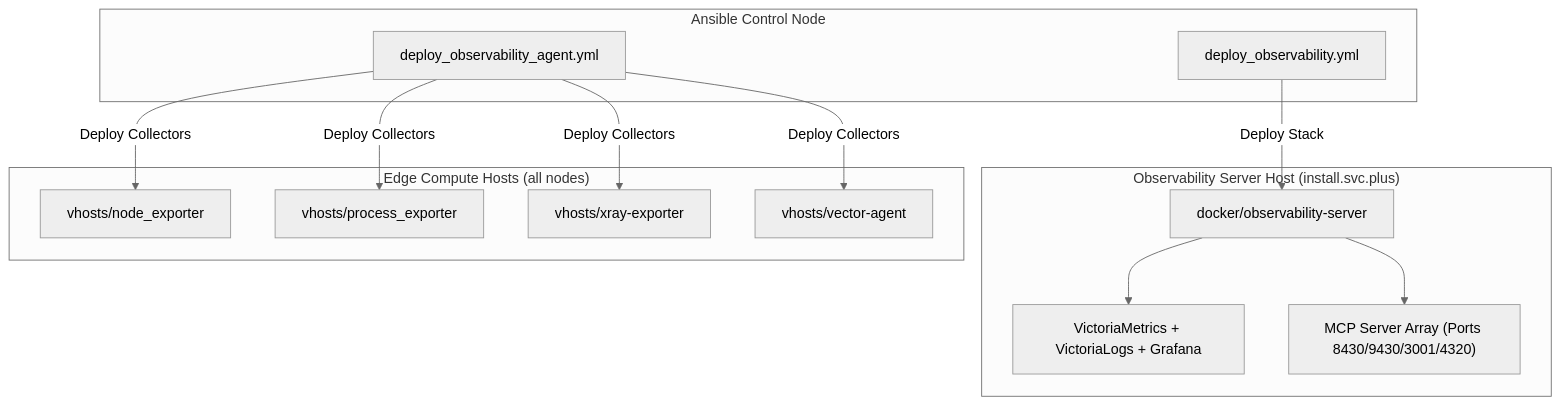
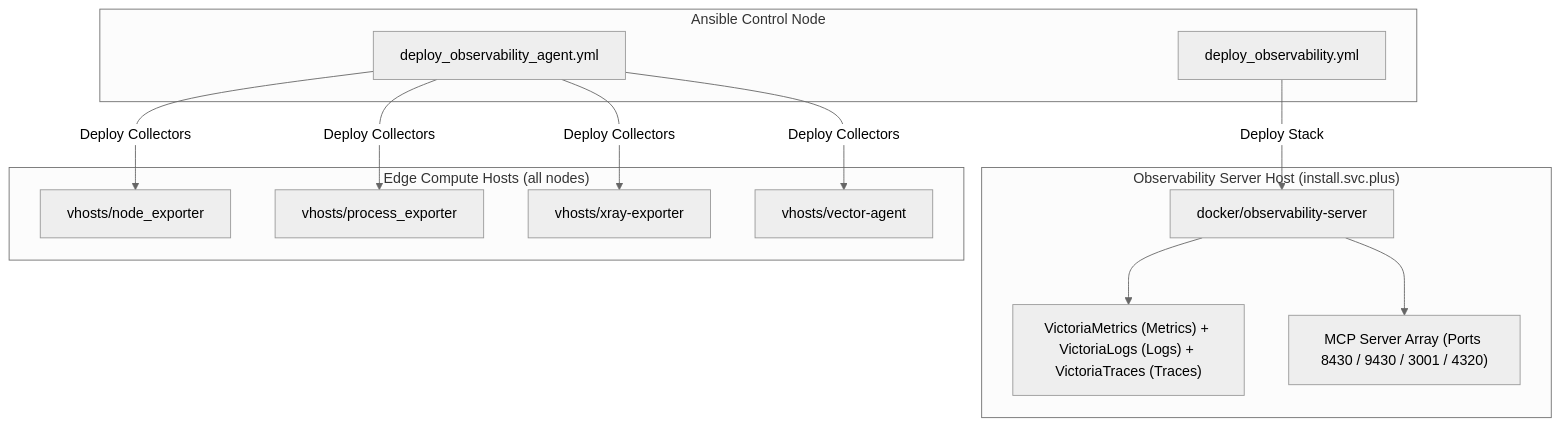
Before and after one commit to Cloud-Neutral-Workshop/knowledge: the first of 2 diagrams in content/03-observability/observability-server-core.zh.md, drawn with Mermaid (neutral theme). The commit also changed other lines of this file and 1 other file, not shown here.

Commit message:
docs(observability): add VictoriaTraces architecture, OTLP integration and MCP details (zh & en)

````diff
--- a/content/03-observability/observability-server-core.zh.md
+++ b/content/03-observability/observability-server-core.zh.md
@@ -55,29 +72,29 @@
 ```mermaid
 graph TD
     subgraph ControlPlane ["Ansible Control Node"]
         P1["deploy_observability.yml"]
         P2["deploy_observability_agent.yml"]
     end
 
     subgraph ServerTarget ["Observability Server Host (install.svc.plus)"]
         R_Server["docker/observability-server"]
-        VM_Engine["VictoriaMetrics + VictoriaLogs + Grafana"]
-        MCP_Array["MCP Server Array (Ports 8430/9430/3001/4320)"]
+        VM_Engine["VictoriaMetrics (Metrics) + VictoriaLogs (Logs) + VictoriaTraces (Traces)"]
+        MCP_Array["MCP Server Array (Ports 8430 / 9430 / 3001 / 4320)"]
     end
 
     subgraph AgentTargets ["Edge Compute Hosts (all nodes)"]
         R_Node["vhosts/node_exporter"]
         R_Proc["vhosts/process_exporter"]
         R_Xray["vhosts/xray-exporter"]
         R_Vector["vhosts/vector-agent"]
     end
 
     P1 -->|Deploy Stack| R_Server
     R_Server --> VM_Engine
     R_Server --> MCP_Array
 
     P2 -->|Deploy Collectors| R_Node
     P2 -->|Deploy Collectors| R_Proc
     P2 -->|Deploy Collectors| R_Xray
     P2 -->|Deploy Collectors| R_Vector
 ```
````
